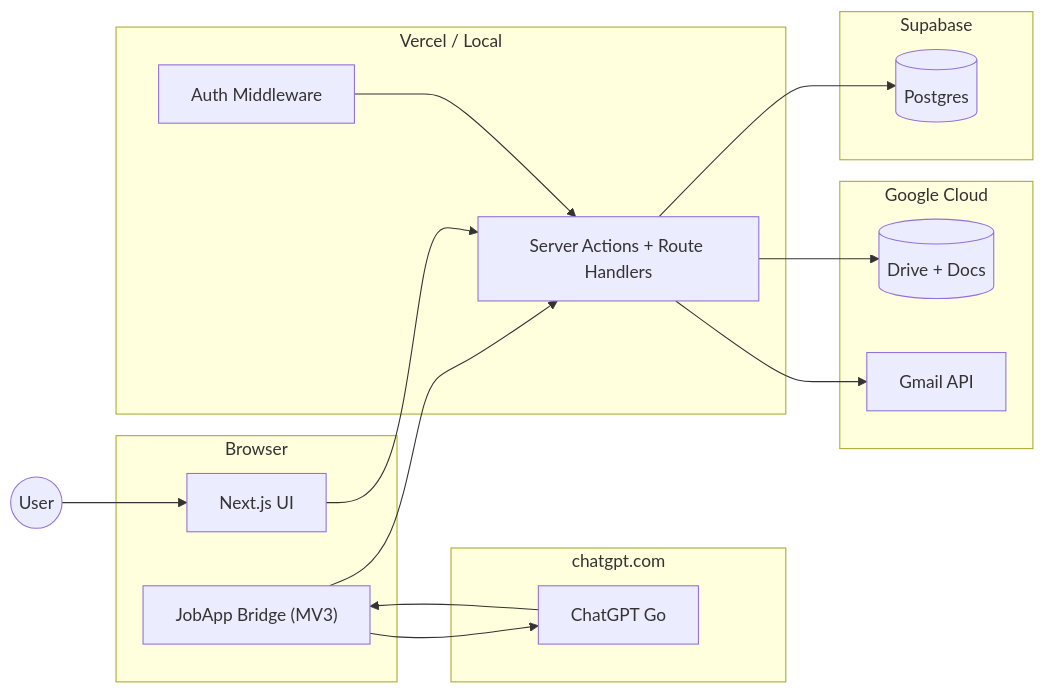
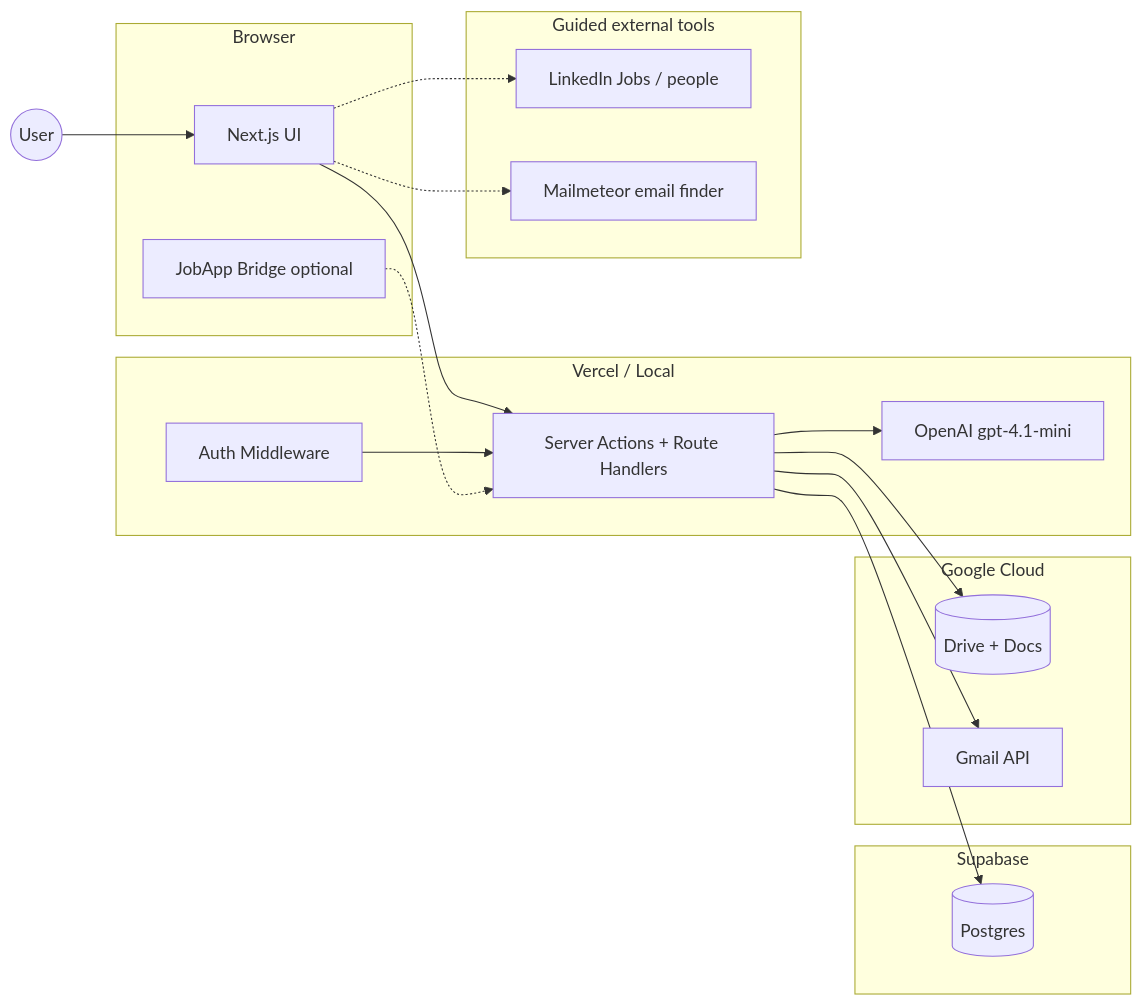
Before and after one commit to anchit98/job_app_automation: the diagram in docs/architecture.md, drawn with Mermaid. The commit also changed other lines of this file and 82 other files, not shown here.

````diff
--- a/docs/architecture.md
+++ b/docs/architecture.md
@@ -58,32 +60,35 @@
 ```mermaid
 flowchart LR
     User(("User"))
     subgraph Browser
         UI["Next.js UI"]
-        Ext["JobApp Bridge (MV3)"]
-    end
-    subgraph ChatGPT[chatgpt.com]
-        GPT["ChatGPT Go"]
+        Ext["JobApp Bridge optional"]
     end
     subgraph Vercel["Vercel / Local"]
         API["Server Actions + Route Handlers"]
+        LLM["OpenAI gpt-4.1-mini"]
         Middleware["Auth Middleware"]
     end
     subgraph Supabase
         PG[("Postgres")]
     end
     subgraph Google["Google Cloud"]
         Drive[("Drive + Docs")]
         Gmail["Gmail API"]
     end
+    subgraph External["Guided external tools"]
+        LI["LinkedIn Jobs / people"]
+        MM["Mailmeteor email finder"]
+    end
 
     User --> UI
-    Ext --> GPT
-    GPT --> Ext
-    Ext --> API
     UI --> API
     Middleware --> API
+    API --> LLM
     API --> PG
     API --> Drive
     API --> Gmail
+    Ext -.-> API
+    UI -.-> LI
+    UI -.-> MM
 ```
````
